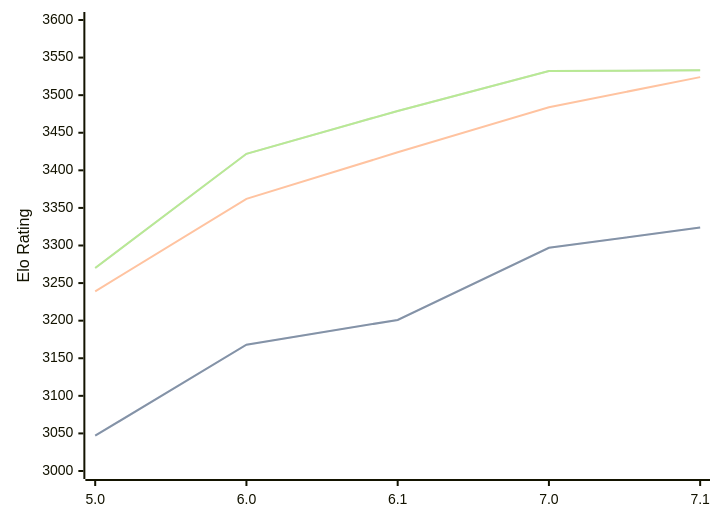
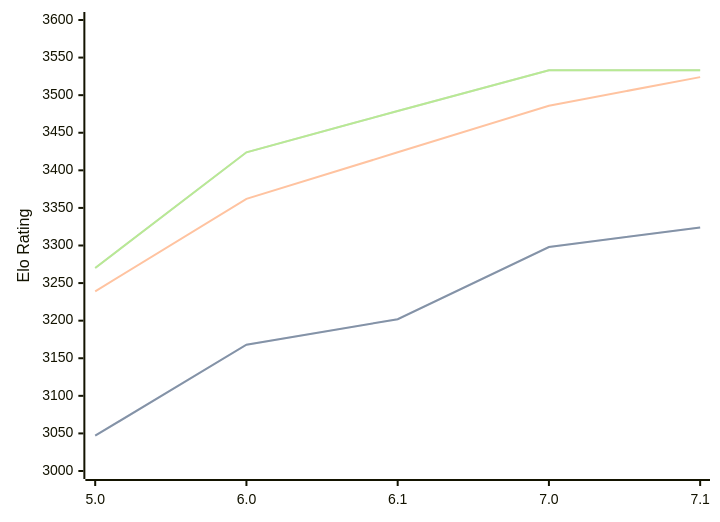
One commit to computer-chess-index/cci changed the diagram in engines/PZChessBot.md. Above: the diagram before and after it, drawn with Mermaid. The commit also changed other lines of this file, not shown here.

Commit message:
Update CCI Ratings (ELO VLTC) - 2026-09-04

````diff
--- a/engines/PZChessBot.md
+++ b/engines/PZChessBot.md
@@ -35,11 +35,11 @@
 ```mermaid
 %%{init: {"theme":"base","themeVariables":{"seriesColors:['#a3a3a3','#222221','#faa371']}}}%%
 xychart-beta
   x-axis ["5.0", "6.0", "6.1", "7.0", "7.1"]
   y-axis "Elo Rating" 3000 --> 3600
-  line "" [3047, 3168, 3201, 3297, 3324]
-  line "STC (8.0+0.08s)" [3047, 3168, 3201, 3297, 3324]
-  line "LTC (60.0+0.60s)" [3239, 3362, 3424, 3484, 3524]
-  line "" [3270, 3422, 3479, 3532, 3533]
-  line "VLTC (2m24s+1.12s)" [3270, 3422, 3479, 3532, 3533]
+  line "" [3047, 3168, 3202, 3298, 3324]
+  line "STC (8.0+0.08s)" [3047, 3168, 3202, 3298, 3324]
+  line "LTC (60.0+0.60s)" [3239, 3362, 3424, 3486, 3524]
+  line "" [3270, 3424, 3479, 3533, 3533]
+  line "VLTC (2m24s+1.12s)" [3270, 3424, 3479, 3533, 3533]
 ```
````
